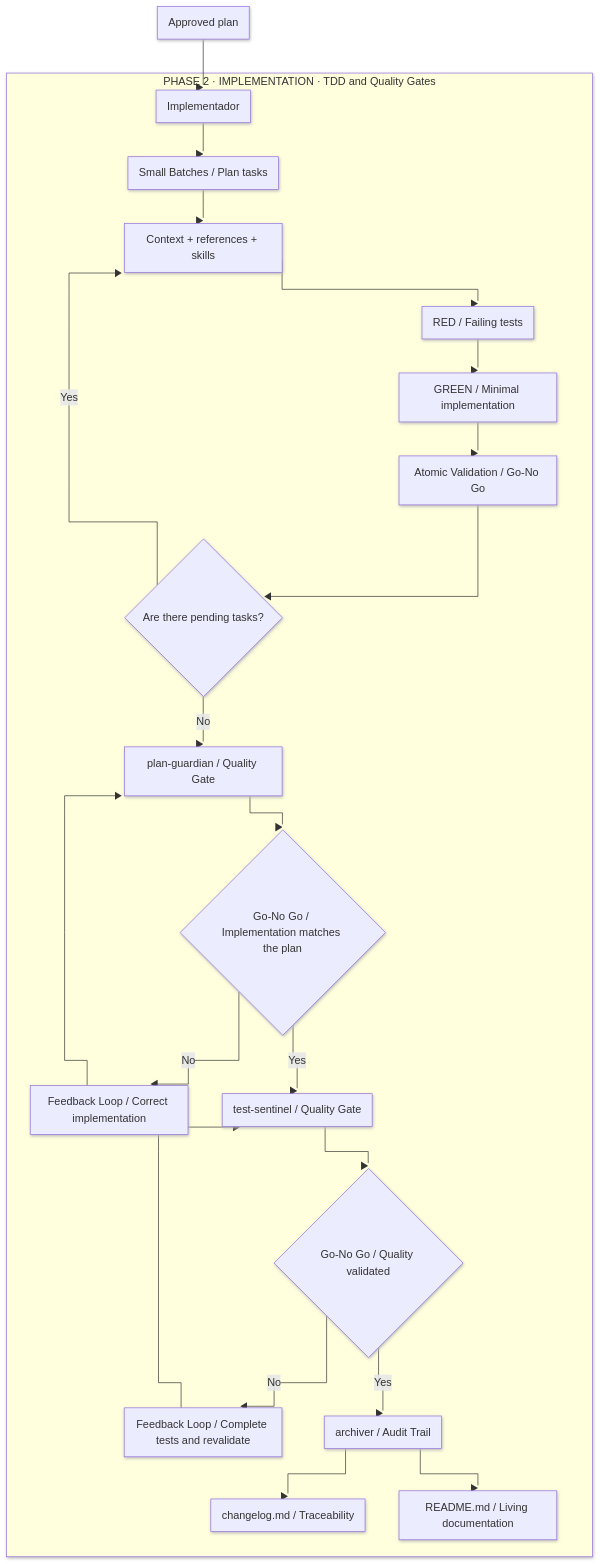
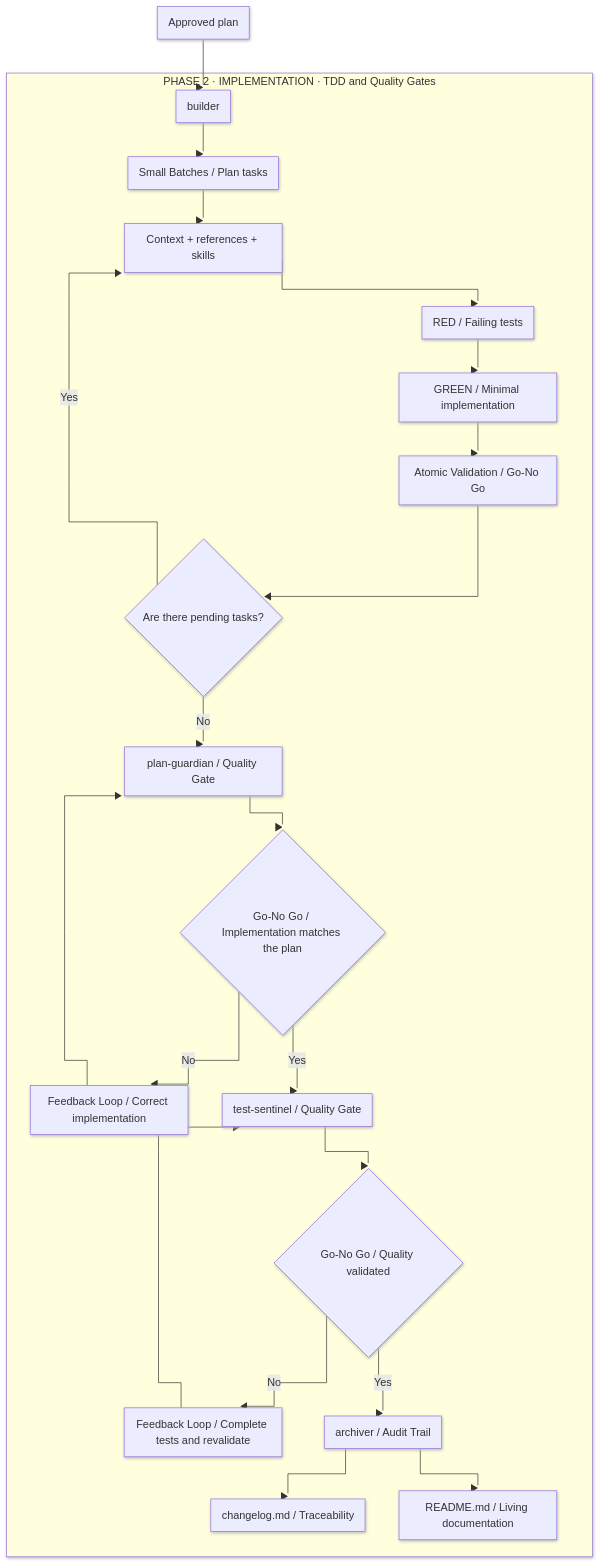
The second of 2 diagrams in docs/agent-system.md (jmgomezdev/ghcopilot-hub), drawn with Mermaid before and after one commit. The commit also changed other lines of this file and 13 other files, not shown here.

Commit message:
chore: :memo: Added new agents for architecture, planning, and documentation, and updated existing agents for consistency and clarity.

````diff
--- a/docs/agent-system.md
+++ b/docs/agent-system.md
@@ -161,29 +161,29 @@
 ```mermaid
 %%{init: {'theme': 'default', 'look': 'neo', 'flowchart': {'curve': 'stepBefore'}} }%%
 flowchart TD
-    plan[Approved plan] --> imp[Implementador]
+    plan[Approved plan] --> builder[builder]
 
     subgraph phase_impl[PHASE 2 · IMPLEMENTATION · TDD and Quality Gates]
-        imp --> tasks[Small Batches / Plan tasks]
+        builder --> tasks[Small Batches / Plan tasks]
         tasks --> task_ctx[Context + references + skills]
         task_ctx --> task_red[RED / Failing tests]
         task_red --> task_green[GREEN / Minimal implementation]
         task_green --> task_atomic[Atomic Validation / Go-No Go]
         task_atomic --> more_tasks{Are there pending tasks?}
         more_tasks -- Yes --> task_ctx
         more_tasks -- No --> pg[plan-guardian / Quality Gate]
 
         pg --> pg_ok{Go-No Go / Implementation matches the plan}
         pg_ok -- No --> fix_code[Feedback Loop / Correct implementation]
         fix_code --> pg
 
         pg_ok -- Yes --> ts[test-sentinel / Quality Gate]
         ts --> ts_ok{Go-No Go / Quality validated}
         ts_ok -- No --> fix_tests[Feedback Loop / Complete tests and revalidate]
         fix_tests --> ts
 
         ts_ok -- Yes --> arch[archiver / Audit Trail]
         arch --> log[changelog.md / Traceability]
         arch --> readme[README.md / Living documentation]
     end
 ```
````
